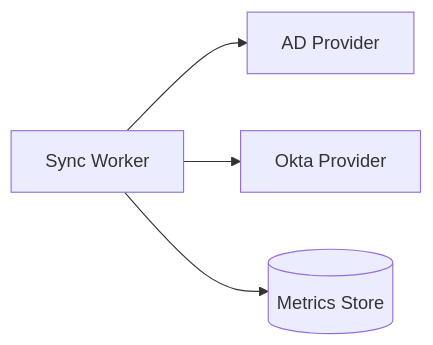
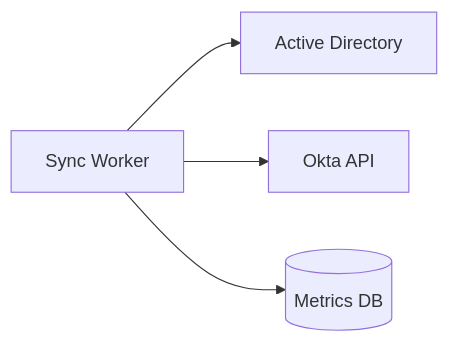
Before and after one commit to Devopstrio/identity-security-scorecard: diagram 14 of 30 in README.md, drawn with Mermaid. The commit also changed other lines of this file, not shown here.

Commit message:
docs: finalize premium institutional-grade README with 30+ diagrams and executive summary

````diff
--- a/README.md
+++ b/README.md
@@ -217,6 +216,6 @@
 ```mermaid
 graph LR
-    Worker[Sync Worker] --> AD[AD Provider]
-    Worker --> Okta[Okta Provider]
-    Worker --> SQL[(Metrics Store)]
+    W[Sync Worker] --> AD[Active Directory]
+    W --> Okta[Okta API]
+    W --> SQL[(Metrics DB)]
 ```
````
